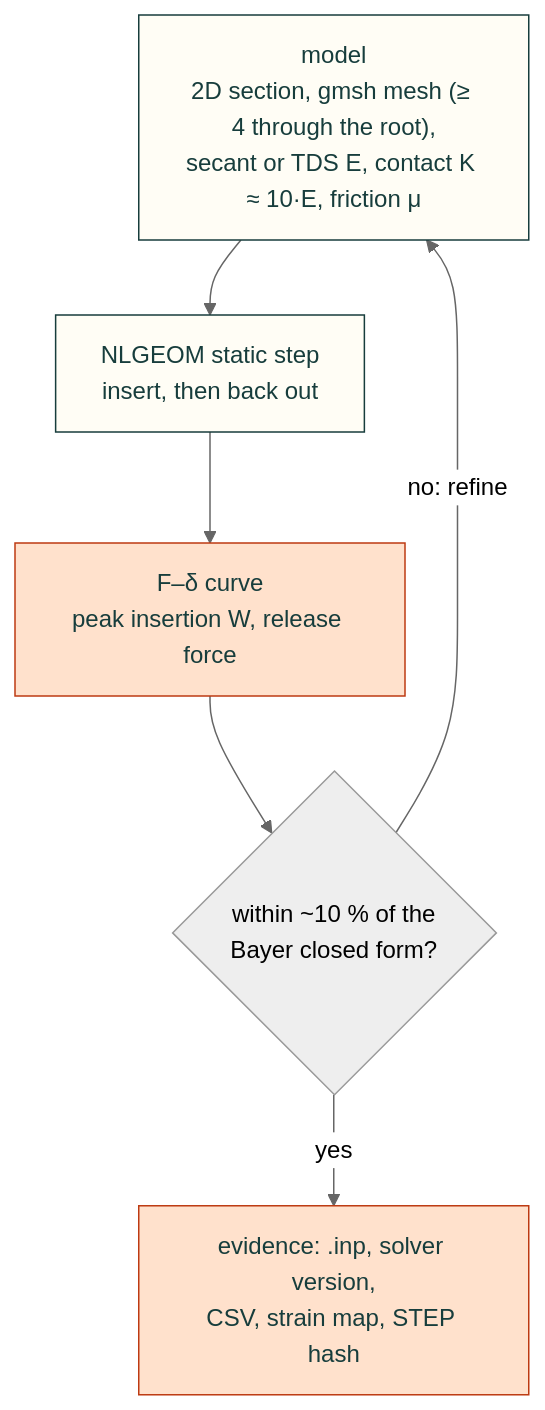
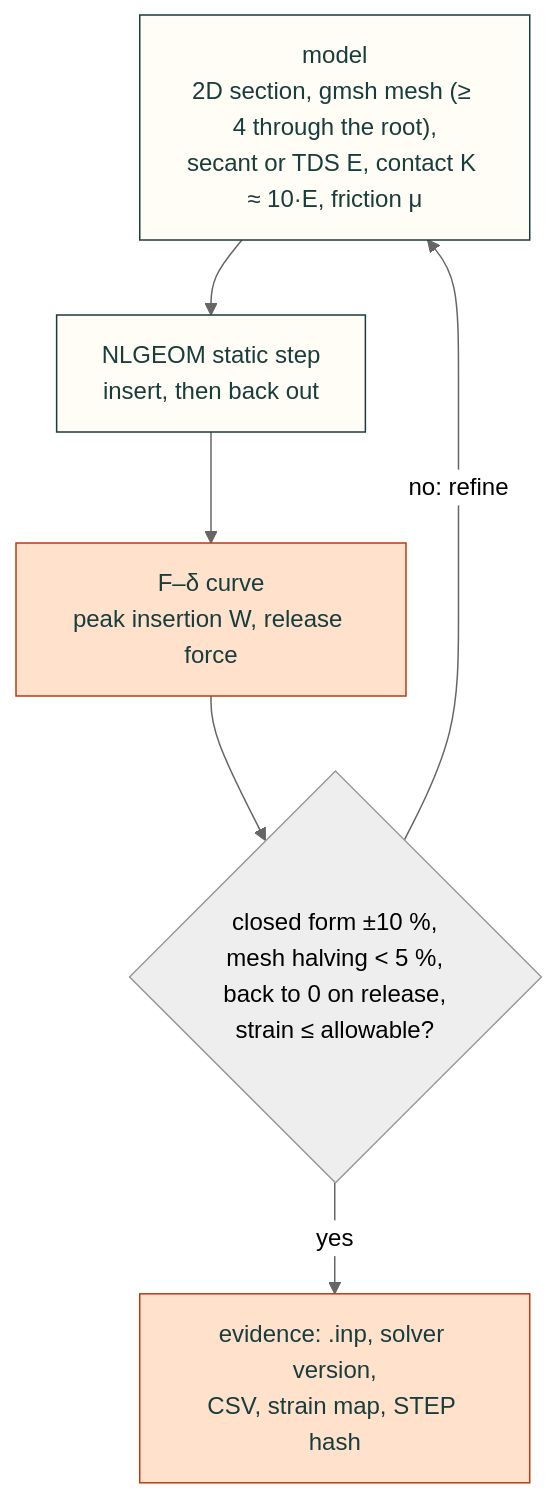
The diagram in research/fea-and-process-tools.md (Valpatel/cad-agent), drawn with Mermaid (neutral theme) before and after one commit. The commit also changed 24 other files, not shown here.

````diff
--- a/research/fea-and-process-tools.md
+++ b/research/fea-and-process-tools.md
@@ -51,13 +51,13 @@
 ```mermaid
 flowchart TD
     M["model<br/>2D section, gmsh mesh (≥ 4 through the root),<br/>secant or TDS E, contact K ≈ 10·E, friction μ"] --> St["NLGEOM static step<br/>insert, then back out"]
     St --> Out["F–δ curve<br/>peak insertion W, release force"]
-    Out --> Acc{"within ~10 % of the<br/>Bayer closed form?"}
+    Out --> Acc{"closed form ±10 %,<br/>mesh halving < 5 %,<br/>back to 0 on release,<br/>strain ≤ allowable?"}
     Acc -->|"yes"| Ev["evidence: .inp, solver version,<br/>CSV, strain map, STEP hash"]
     Acc -->|"no: refine"| M
     classDef here fill:#fffdf5,stroke:#173d3c,color:#173d3c
     classDef near fill:#eef1e4,stroke:#6f8a80,color:#173d3c
     classDef out fill:#ffe1cc,stroke:#bd3a12,color:#173d3c
     class M,St here
     class Out,Ev out
 ```
````
